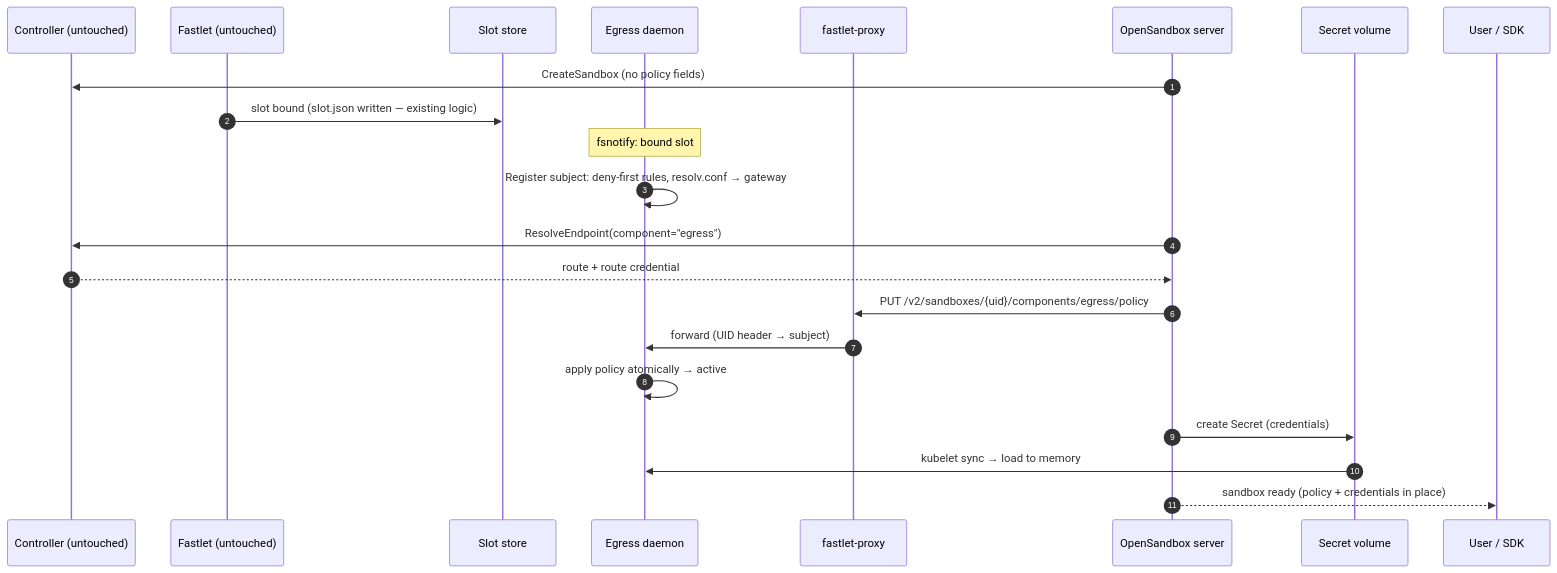
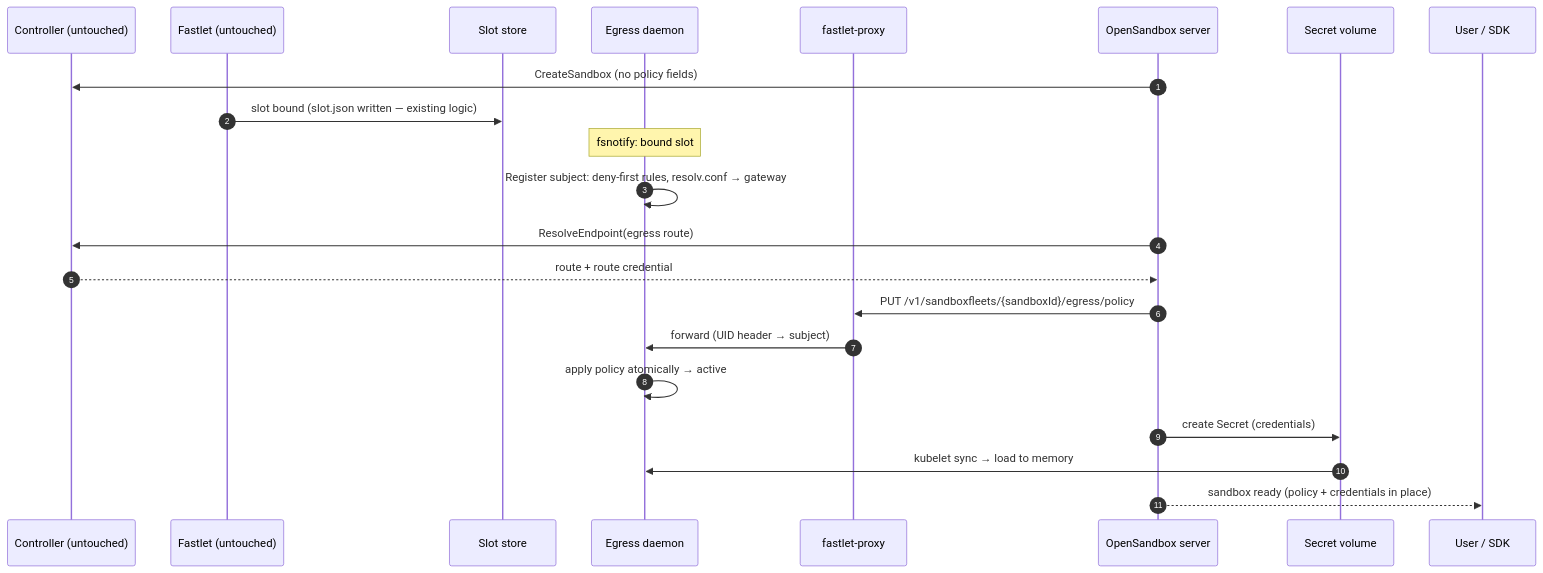
The first of 2 diagrams in oseps/0021-multi-sandbox-egress-control-plane.md (Pangjiping/OpenSandbox), drawn with Mermaid before and after one commit. The commit also changed other lines of this file, not shown here.

First line of the commit message:
docs(oseps): use /v1/sandboxfleets/{sandboxId}/egress route for egress access

````diff
--- a/oseps/0021-multi-sandbox-egress-control-plane.md
+++ b/oseps/0021-multi-sandbox-egress-control-plane.md
@@ -121,25 +121,25 @@
 ```mermaid
 sequenceDiagram
     autonumber
     participant C as Controller (untouched)
     participant F as Fastlet (untouched)
     participant S as Slot store
     participant E as Egress daemon
     participant P as fastlet-proxy
     participant SRV as OpenSandbox server
     participant SEC as Secret volume
     participant SDK as User / SDK
 
     SRV->>C: CreateSandbox (no policy fields)
     F->>S: slot bound (slot.json written — existing logic)
     Note over E: fsnotify: bound slot
     E->>E: Register subject: deny-first rules, resolv.conf → gateway
-    SRV->>C: ResolveEndpoint(component="egress")
+    SRV->>C: ResolveEndpoint(egress route)
     C-->>SRV: route + route credential
-    SRV->>P: PUT /v2/sandboxes/{uid}/components/egress/policy
+    SRV->>P: PUT /v1/sandboxfleets/{sandboxId}/egress/policy
     P->>E: forward (UID header → subject)
     E->>E: apply policy atomically → active
     SRV->>SEC: create Secret (credentials)
     SEC->>E: kubelet sync → load to memory
     SRV-->>SDK: sandbox ready (policy + credentials in place)
 ```
````
